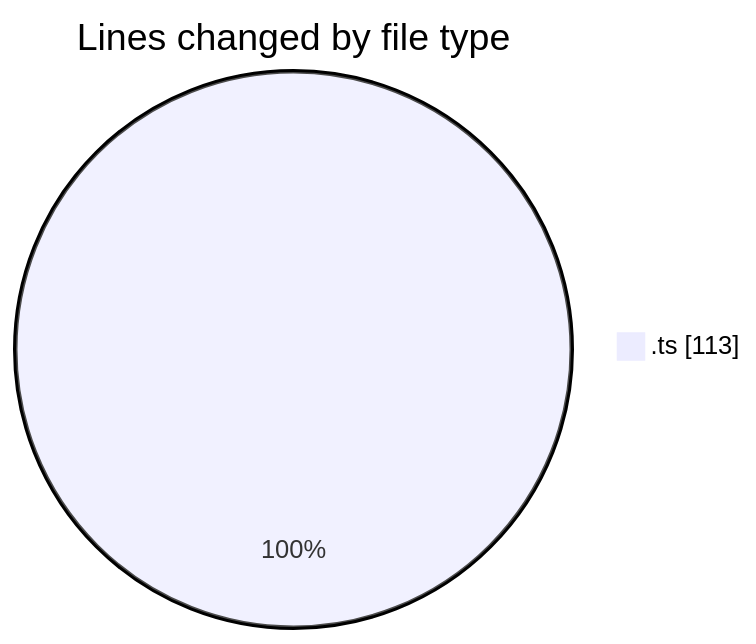
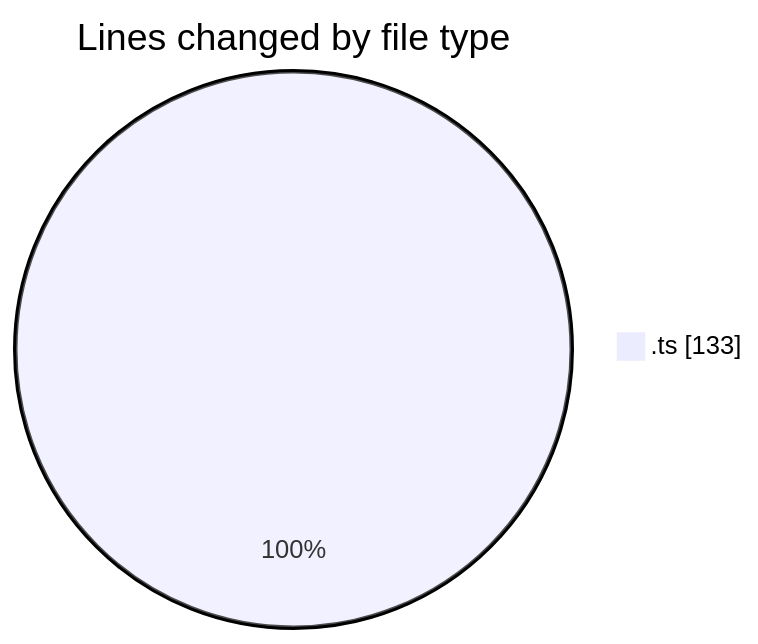
Before and after one commit to igalym/code-tracking: the first of 2 diagrams in 2026-03-30/cinema/README.md, drawn with Mermaid. The commit also changed other lines of this file and 1 other file, not shown here.

````diff
--- a/2026-03-30/cinema/README.md
+++ b/2026-03-30/cinema/README.md
@@ -24,5 +25,5 @@
 ```mermaid
 pie showData
 title Lines changed by file type
-".ts" : 113
+".ts" : 133
 ```
````
